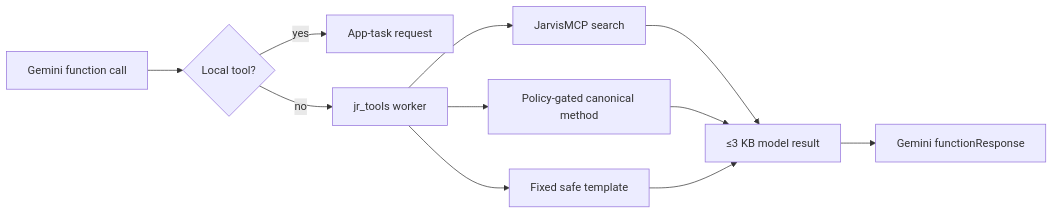
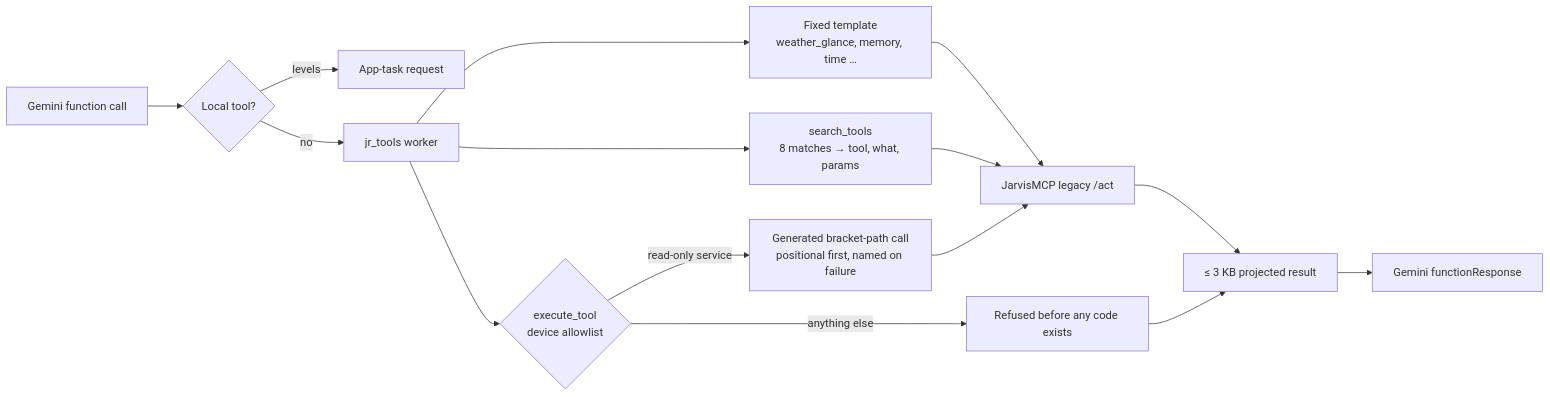
Before and after one commit to PascalAI2024/JarvisNano: the third of 5 diagrams in docs/ARCHITECTURE.md, drawn with Mermaid. The commit also changed other lines of this file and 17 other files, not shown here.

````diff
--- a/docs/ARCHITECTURE.md
+++ b/docs/ARCHITECTURE.md
@@ -162,13 +202,17 @@
 ```mermaid
 flowchart LR
     Call[Gemini function call] --> Local{Local tool?}
-    Local -->|yes| App[App-task request]
+    Local -->|levels| App[App-task request]
     Local -->|no| Worker[jr_tools worker]
-    Worker --> Fixed[Fixed safe template]
-    Worker --> Search[JarvisMCP search]
-    Worker --> Execute[Policy-gated canonical method]
-    Search --> Result[≤3 KB model result]
-    Execute --> Result
-    Fixed --> Result
+    Worker --> Fixed[Fixed template<br/>weather_glance, memory, time …]
+    Worker --> Search[search_tools<br/>8 matches → tool, what, params]
+    Worker --> Exec{execute_tool<br/>device allowlist}
+    Exec -->|read-only service| Gen[Generated bracket-path call<br/>positional first, named on failure]
+    Exec -->|anything else| Refuse[Refused before any code exists]
+    Fixed --> Act[JarvisMCP legacy /act]
+    Search --> Act
+    Gen --> Act
+    Act --> Result[≤ 3 KB projected result]
+    Refuse --> Result
     Result --> Reply[Gemini functionResponse]
 ```
````
